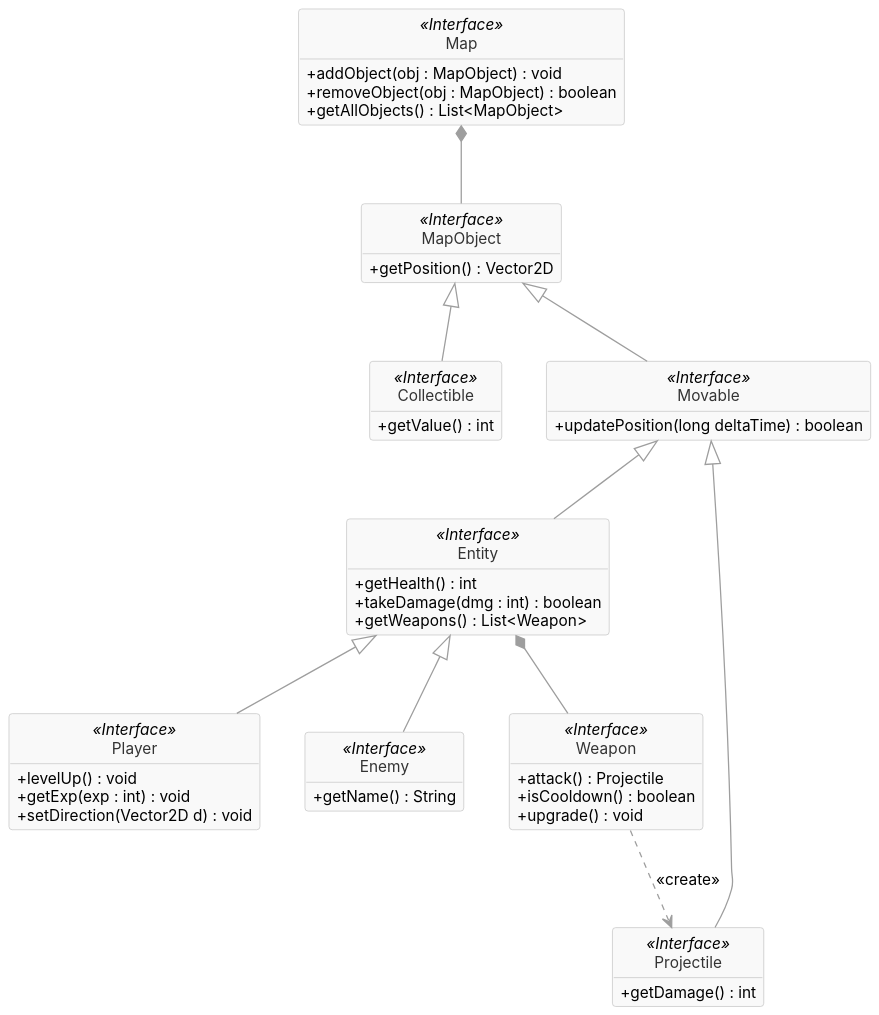
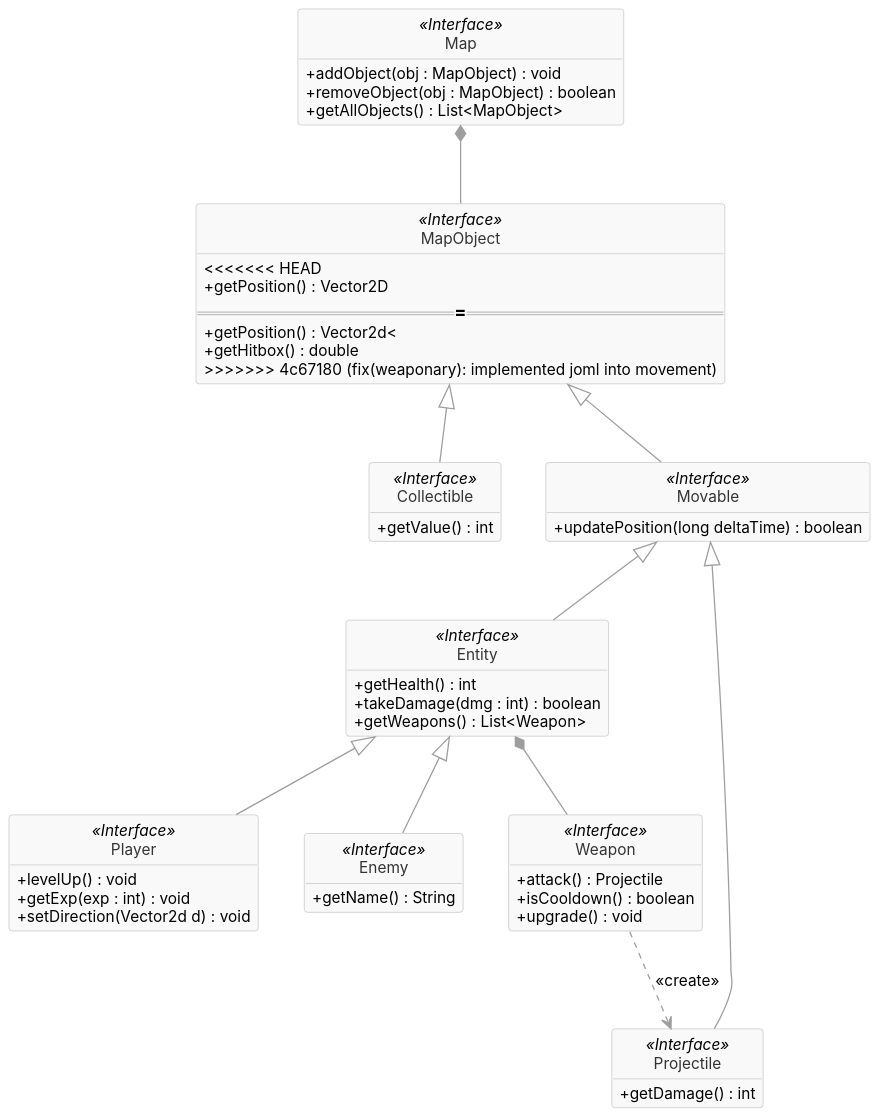
Before and after one commit to GiocoMatto/OOP25-wildenc: the diagram in report/uml/domain.puml, drawn with PlantUML. The commit also changed 14 other files, not shown here.

First line of the commit message:
fix(weaponary): implemented joml into movement

```diff
--- a/report/uml/domain.puml
+++ b/report/uml/domain.puml
@@ -1,95 +1,100 @@
 @startuml Domain
 
 ' =========================
 '  Style
 ' =========================
 
 skinparam shadowing false
 skinparam roundcorner 5
 skinparam dpi 150
 
 skinparam DefaultFontName "Inter"
 skinparam DefaultFontSize 12
 skinparam classAttributeIconSize 0
 
 skinparam class {
   BackgroundColor #F9F9F9
   BorderColor #BFBFBF
   FontColor #333333
 }
 
 skinparam Arrow {
   Color #9E9E9E
   Thickness 1
 }
 
 hide circle
 hide empty members
 
 ' =========================
 '  Classes
 ' =========================
 
 class Map <<Interface>> {
   +addObject(obj : MapObject) : void
   +removeObject(obj : MapObject) : boolean
   +getAllObjects() : List<MapObject>
 }
 
 class MapObject <<Interface>> {
+<<<<<<< HEAD
   +getPosition() : Vector2D
+=======
+  +getPosition() : Vector2d<
+  +getHitbox() : double
+>>>>>>> 4c67180 (fix(weaponary): implemented joml into movement)
 }
 
 class Collectible <<Interface>> {
   +getValue() : int
 }
 
 class Movable <<Interface>> {
   +updatePosition(long deltaTime) : boolean
 }
 
 class Entity <<Interface>> {
   +getHealth() : int
   +takeDamage(dmg : int) : boolean
   +getWeapons() : List<Weapon>
 }
 
 class Player <<Interface>> {
   +levelUp() : void
   +getExp(exp : int) : void
-  +setDirection(Vector2D d) : void
+  +setDirection(Vector2d d) : void
 }
 
 class Enemy <<Interface>> {
   +getName() : String
 }
 
 class Weapon <<Interface>> {
   +attack() : Projectile
   +isCooldown() : boolean
   +upgrade() : void
 }
 
 class Projectile <<Interface>> {
   +getDamage() : int
 }
 
 ' =========================
 '  Relations
 ' =========================
 
 MapObject <|-- Collectible
 MapObject <|-- Movable
 
 Movable <|-- Entity
 Movable <|-- Projectile
 
 Entity <|-- Enemy
 Entity <|-- Player
 
 Entity *-- Weapon
 Map *-- MapObject
 
 Weapon ..> Projectile : <<create>>
 
 @enduml
```
